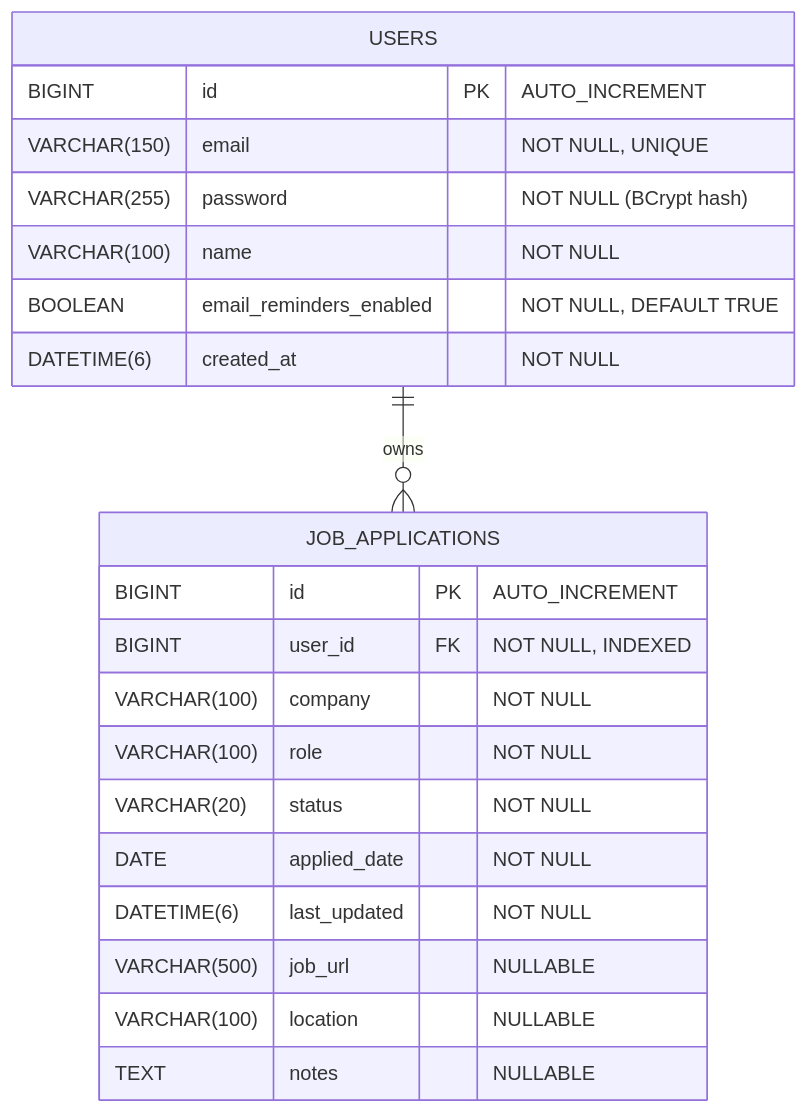
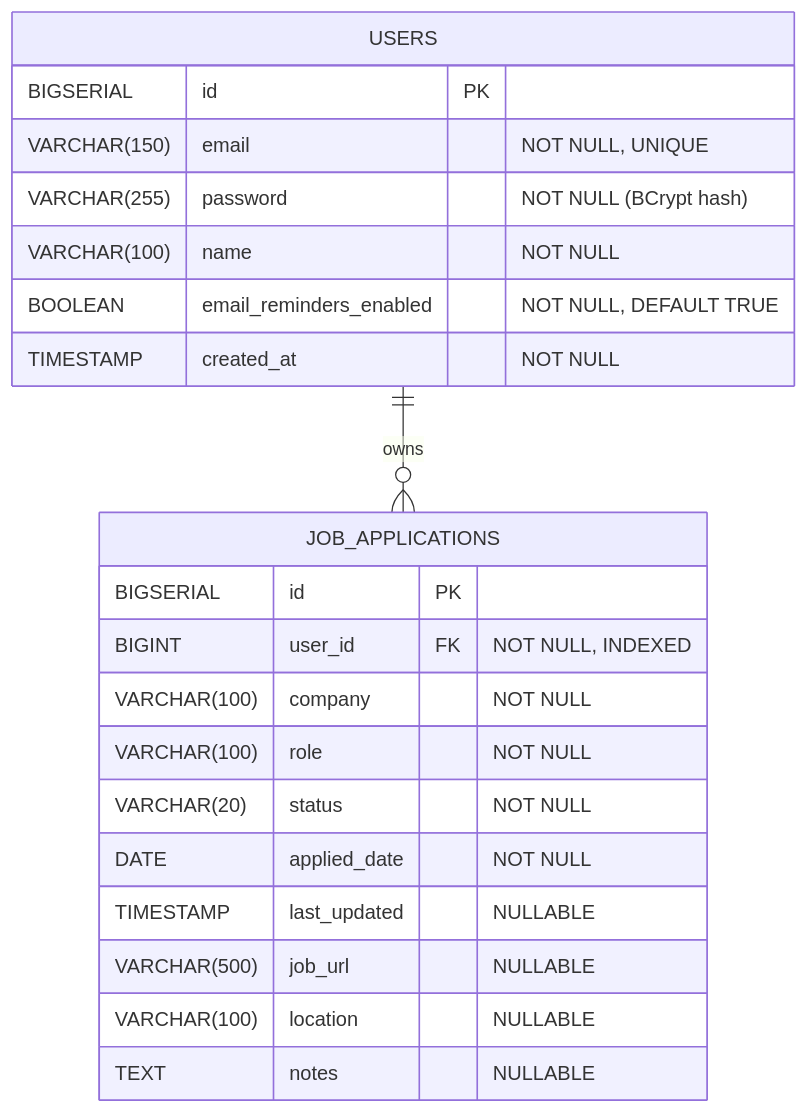
Before and after one commit to pbanakar/huntlog: the fifth of 5 diagrams in ARCHITECTURE.md, drawn with Mermaid. The commit also changed other lines of this file and 17 other files, not shown here.

````diff
--- a/ARCHITECTURE.md
+++ b/ARCHITECTURE.md
@@ -216,26 +218,26 @@
 ```mermaid
 erDiagram
     USERS ||--o{ JOB_APPLICATIONS : "owns"
     
     USERS {
-        BIGINT id PK "AUTO_INCREMENT"
+        BIGSERIAL id PK
         VARCHAR(150) email "NOT NULL, UNIQUE"
         VARCHAR(255) password "NOT NULL (BCrypt hash)"
         VARCHAR(100) name "NOT NULL"
         BOOLEAN email_reminders_enabled "NOT NULL, DEFAULT TRUE"
-        DATETIME(6) created_at "NOT NULL"
+        TIMESTAMP created_at "NOT NULL"
     }
 
     JOB_APPLICATIONS {
-        BIGINT id PK "AUTO_INCREMENT"
+        BIGSERIAL id PK
         BIGINT user_id FK "NOT NULL, INDEXED"
         VARCHAR(100) company "NOT NULL"
         VARCHAR(100) role "NOT NULL"
         VARCHAR(20) status "NOT NULL"
         DATE applied_date "NOT NULL"
-        DATETIME(6) last_updated "NOT NULL"
+        TIMESTAMP last_updated "NULLABLE"
         VARCHAR(500) job_url "NULLABLE"
         VARCHAR(100) location "NULLABLE"
         TEXT notes "NULLABLE"
     }
 ```
````
